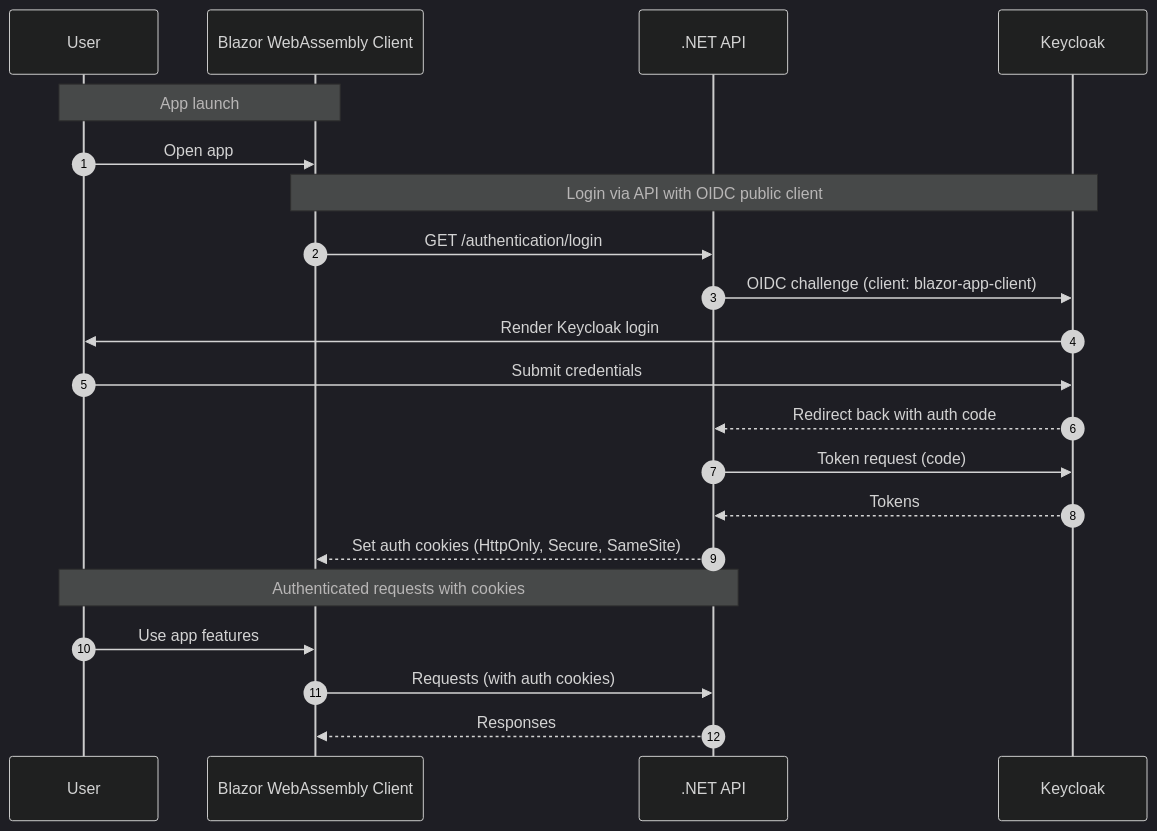
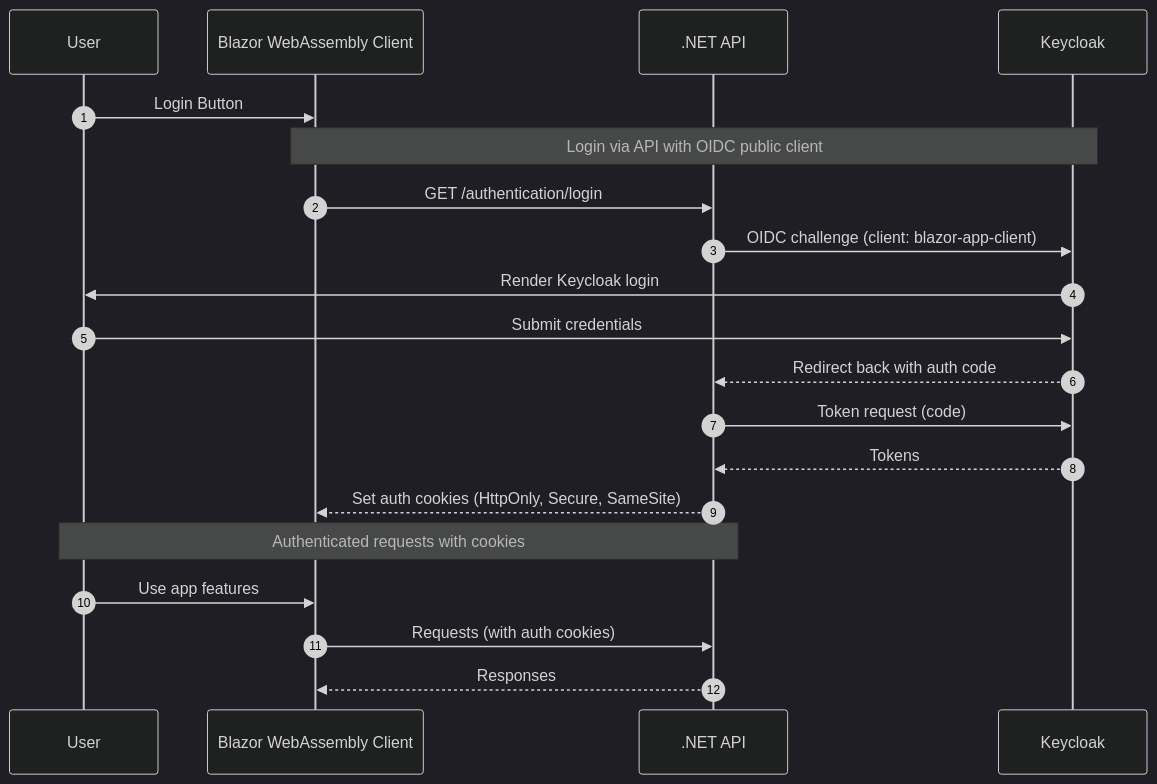
The diagram in BlazorFurniture/docs/diagrams/projectOverview.mmd (BrumaSebastian/blazor-furniture-app), drawn with Mermaid (dark theme) before and after one commit. The commit also changed 4 other files, not shown here.

```diff
--- a/BlazorFurniture/docs/diagrams/projectOverview.mmd
+++ b/BlazorFurniture/docs/diagrams/projectOverview.mmd
@@ -1,24 +1,23 @@
 sequenceDiagram
     autonumber
     participant U as User
     participant B as Blazor WebAssembly Client
     participant API as .NET API
     participant KC as Keycloak
 
-    Note over U,B: App launch
-    U->>B: Open app
+    U->>B: Login Button
 
     Note over B,KC: Login via API with OIDC public client
     B->>API: GET /authentication/login
     API->>KC: OIDC challenge (client: blazor-app-client)
     KC->>U: Render Keycloak login
     U->>KC: Submit credentials
     KC-->>API: Redirect back with auth code
     API->>KC: Token request (code)
     KC-->>API: Tokens
     API-->>B: Set auth cookies (HttpOnly, Secure, SameSite)
 
     Note over U,API: Authenticated requests with cookies
     U->>B: Use app features
     B->>API: Requests (with auth cookies)
     API-->>B: Responses
```
